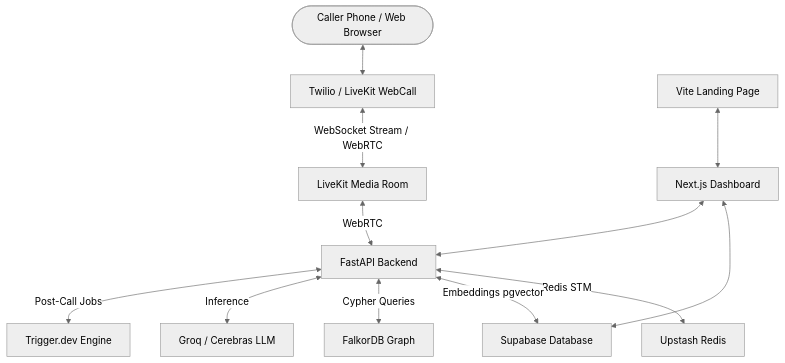
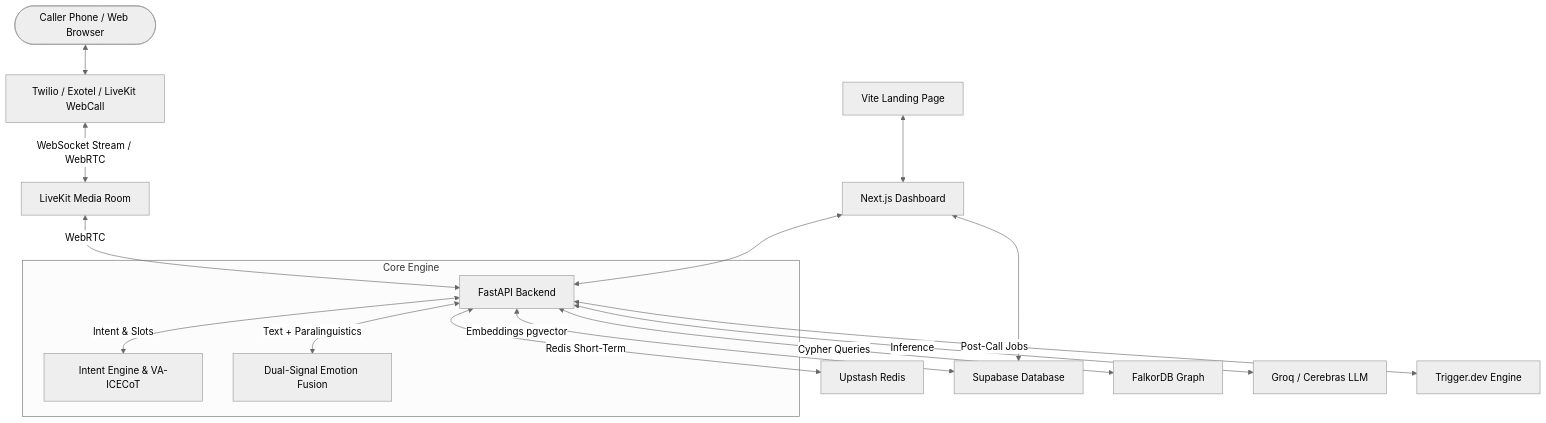
Before and after one commit to PriyanshuKr-2027/VOCALL---An-Voice-Calling-Agent: the diagram in README.md, drawn with Mermaid (neutral theme). The commit also changed other lines of this file and 11 other files, not shown here.

````diff
--- a/README.md
+++ b/README.md
@@ -63,15 +86,21 @@
 ```mermaid
 graph TD
-    User([Caller Phone / Web Browser]) <--> Twilio[Twilio / LiveKit WebCall]
-    Twilio <-->|WebSocket Stream / WebRTC| LiveKit[LiveKit Media Room]
+    User([Caller Phone / Web Browser]) <--> Telephony[Twilio / Exotel / LiveKit WebCall]
+    Telephony <-->|WebSocket Stream / WebRTC| LiveKit[LiveKit Media Room]
     LiveKit <-->|WebRTC| FastAPI[FastAPI Backend]
-    FastAPI <-->|Redis STM| Upstash[Upstash Redis]
+    
+    subgraph Core Engine
+        FastAPI <-->|Intent & Slots| Intent[Intent Engine & VA-ICECoT]
+        FastAPI <-->|Text + Paralinguistics| Emotion[Dual-Signal Emotion Fusion]
+    end
+
+    FastAPI <-->|Redis Short-Term| Upstash[Upstash Redis]
     FastAPI <-->|Embeddings pgvector| Supabase[Supabase Database]
     FastAPI <-->|Cypher Queries| Falkor[FalkorDB Graph]
     FastAPI <-->|Inference| Groq[Groq / Cerebras LLM]
     FastAPI <-->|Post-Call Jobs| Trigger[Trigger.dev Engine]
     
     Dashboard[Next.js Dashboard] <--> Supabase
     Dashboard <--> FastAPI
     Landing[Vite Landing Page] <--> Dashboard
 ```
````
